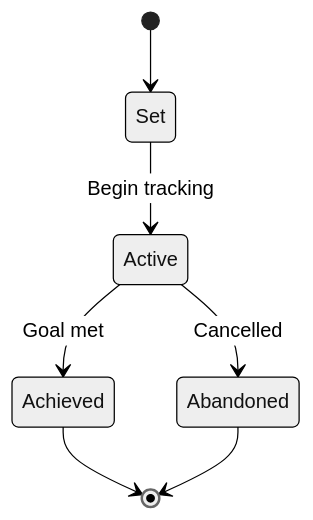
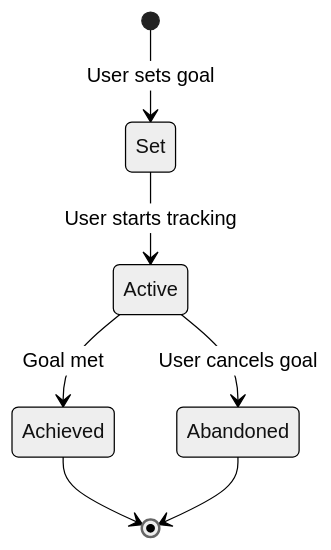
One commit to nikopangwa/real-time-fitness-tracker changed the third of 4 diagrams in State Transition Diagrams.md. Above: the diagram before and after it, drawn with Mermaid (neutral theme). The commit also changed other lines of this file, not shown here.

Commit message:
Update State Transition Diagrams.md

````diff
--- a/State Transition Diagrams.md
+++ b/State Transition Diagrams.md
@@ -23,9 +24,11 @@
 ```mermaid
-stateDiagram
-    [*] --> Set
-    Set --> Active : Begin tracking
+stateDiagram-v2
+    [*] --> Set : User sets goal
+    Set --> Active : User starts tracking
     Active --> Achieved : Goal met
-    Active --> Abandoned : Cancelled
+    Active --> Abandoned : User cancels goal
     Achieved --> [*]
     Abandoned --> [*]
+
+
 ```
````
